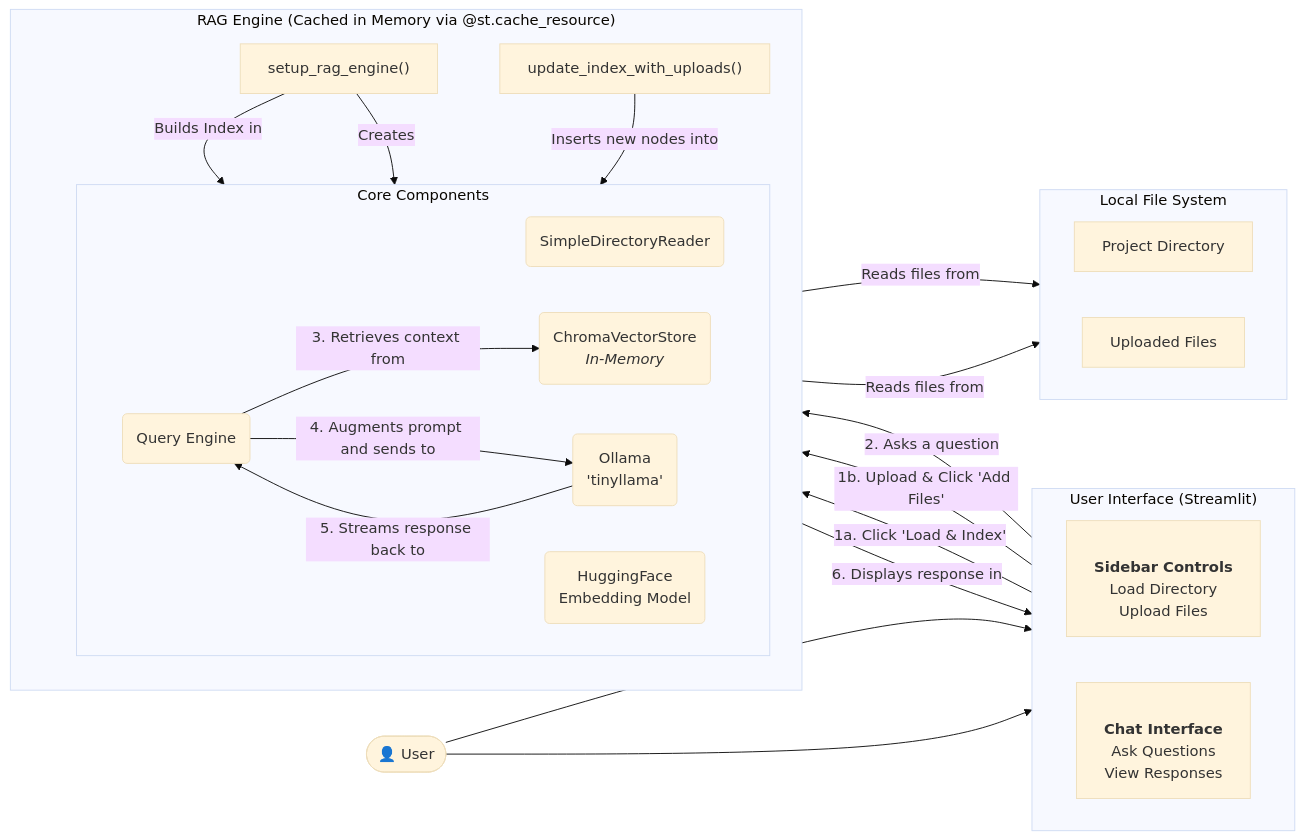
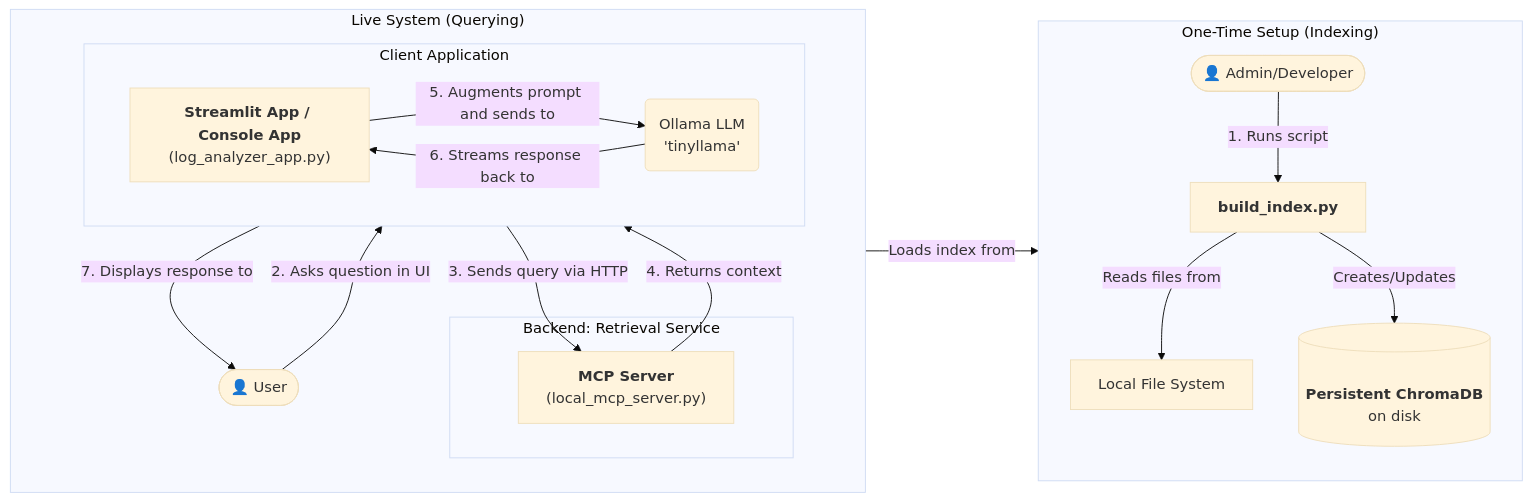
One commit to akkasali910/co2-prediction-example changed the diagram in log_analyzer_architecture.md. Above: the diagram before and after it, drawn with Mermaid (base theme). The commit also changed other lines of this file and 14 other files, not shown here.

Commit message:
refactored log_analyzer to use local mcp server

````diff
--- a/log_analyzer_architecture.md
+++ b/log_analyzer_architecture.md
@@ -5,47 +7,31 @@
 ```mermaid
 graph LR
-    subgraph "User Interface (Streamlit)"
-        direction LR
-        UI_Sidebar[<br><b>Sidebar Controls</b><br>Load Directory<br>Upload Files]
-        UI_Chat[<br><b>Chat Interface</b><br>Ask Questions<br>View Responses]
+    subgraph "One-Time Setup (Indexing)"
+        direction TB
+        Admin([👤 Admin/Developer]) -- "1. Runs script" --> BuildIndex["<b>build_index.py</b>"]
+        BuildIndex -- "Reads files from" --> LocalFS["Local File System"]
+        BuildIndex -- "Creates/Updates" --> PersistentDB[(<br><b>Persistent ChromaDB</b><br>on disk)]
     end
 
-    subgraph "Local File System"
-        direction LR
-        FS[Project Directory]
-        Uploads[Uploaded Files]
+    subgraph "Live System (Querying)"
+        direction TB
+        
+        subgraph "Backend: Retrieval Service"
+            MCPServer["<b>MCP Server</b><br>(local_mcp_server.py)"]
+            MCPServer -- "Loads index from" --> PersistentDB
+        end
+
+        subgraph "Client Application"
+            direction LR
+            ClientApp["<b>Streamlit App / Console App</b><br>(log_analyzer_app.py)"]
+            LocalLLM(Ollama LLM<br>'tinyllama')
+        end
+
+        User([👤 User]) -- "2. Asks question in UI" --> ClientApp
+        ClientApp -- "3. Sends query via HTTP" --> MCPServer
+        MCPServer -- "4. Returns context" --> ClientApp
+        ClientApp -- "5. Augments prompt and sends to" --> LocalLLM
+        LocalLLM -- "6. Streams response back to" --> ClientApp
+        ClientApp -- "7. Displays response to" --> User
     end
-
-    subgraph "RAG Engine (Cached in Memory via @st.cache_resource)"
-        direction TB
-        Setup["setup_rag_engine()"]
-        Update["update_index_with_uploads()"]
-        
-        subgraph "Core Components"
-            direction LR
-            Loader(SimpleDirectoryReader)
-            Embed(HuggingFace<br>Embedding Model)
-            LLM(Ollama<br>'tinyllama')
-            VS(ChromaVectorStore<br><i>In-Memory</i>)
-            QE(Query Engine)
-        end
-    end
-
-    User([👤 User]) --> UI_Sidebar
-    User --> UI_Chat
-
-    UI_Sidebar -- "1a. Click 'Load & Index'" --> Setup
-    Setup -- "Reads files from" --> FS
-    Setup -- "Builds Index in" --> VS
-    Setup -- "Creates" --> QE
-
-    UI_Sidebar -- "1b. Upload & Click 'Add Files'" --> Update
-    Update -- "Reads files from" --> Uploads
-    Update -- "Inserts new nodes into" --> VS
-
-    UI_Chat -- "2. Asks a question" --> QE
-    QE -- "3. Retrieves context from" --> VS
-    QE -- "4. Augments prompt and sends to" --> LLM
-    LLM -- "5. Streams response back to" --> QE
-    QE -- "6. Displays response in" --> UI_Chat
 ```
````
